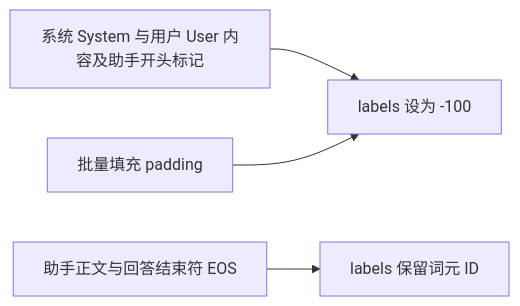
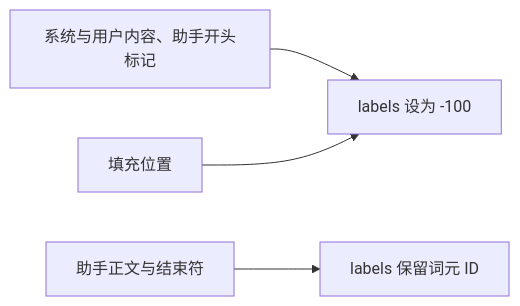
One commit to AI-learning-simple/Build-Your-Own-LLM changed the second of 3 diagrams in 2. Alignment 与训练工程/4. 监督微调（SFT）——指令跟随能力的训练.md. Above: the diagram before and after it, drawn with Mermaid. The commit also changed other lines of this file and 65 other files, not shown here.

````diff
--- a/2. Alignment 与训练工程/4. 监督微调（SFT）——指令跟随能力的训练.md
+++ b/2. Alignment 与训练工程/4. 监督微调（SFT）——指令跟随能力的训练.md
@@ -109,6 +131,6 @@
 ```mermaid
 flowchart LR
-    A[系统 System 与用户 User 内容及助手开头标记] --> B[labels 设为 -100]
-    C[助手正文与回答结束符 EOS] --> D[labels 保留词元 ID]
-    E[批量填充 padding] --> B
+    A[系统与用户内容、助手开头标记] --> B[labels 设为 -100]
+    C[助手正文与结束符] --> D[labels 保留词元 ID]
+    E[填充位置] --> B
 ```
````
